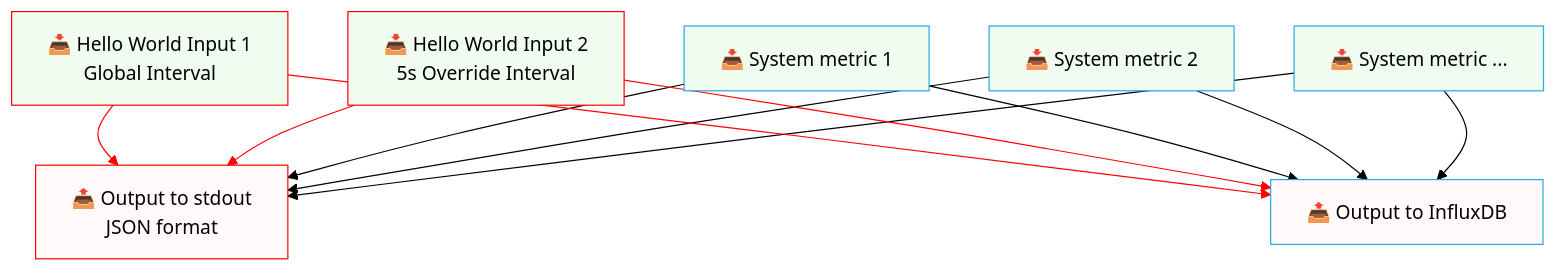
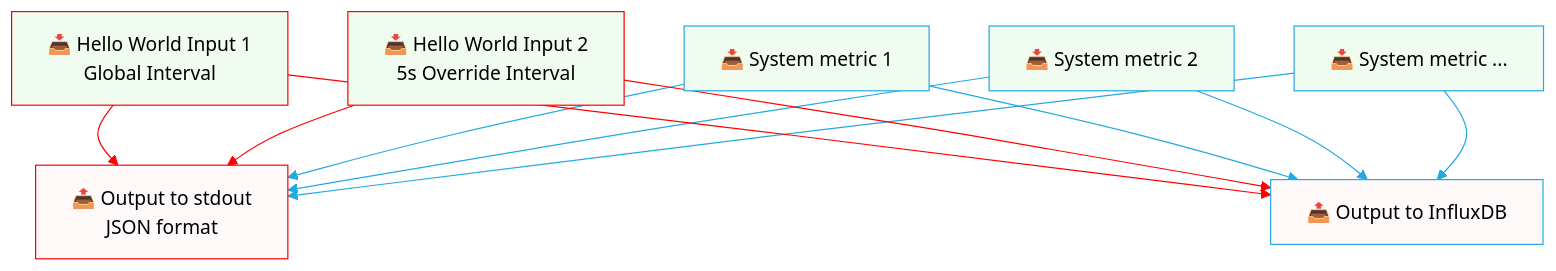
One commit to AntiqArch/readme-sandbox changed the second of 2 diagrams in fixedit-hello-world-exec/README.md. Above: the diagram before and after it, drawn with Mermaid (forest theme).

Commit message:
mermaid color change 2

````diff
--- a/fixedit-hello-world-exec/README.md
+++ b/fixedit-hello-world-exec/README.md
@@ -165,27 +165,28 @@
 ```mermaid
 flowchart TD
     A1["📥 Hello World Input 1<br/>Global Interval"] --> C
     A2["📥 Hello World Input 2<br/>5s Override Interval"] --> C
     C["📤 Output to stdout<br/>JSON format"]
 
     D1["📥 System metric 1"] --> C
     D2["📥 System metric 2"] --> C
     D3["📥 System metric ..."] --> C
 
     C2["📤 Output to InfluxDB"]
     A1 --> C2
     A2 --> C2
     D1 --> C2
     D2 --> C2
     D3 --> C2
 
     style A1 fill:#F1FCF1,stroke:#ff0000,color:#000000
     style A2 fill:#F1FCF1,stroke:#ff0000,color:#000000
     style D1 fill:#F1FCF1,stroke:#24a9e1,color:#000000
     style D2 fill:#F1FCF1,stroke:#24a9e1,color:#000000
     style D3 fill:#F1FCF1,stroke:#24a9e1,color:#000000
     style C fill:#FFF9FA,stroke:#ff0000,color:#000000
     style C2 fill:#FFF9FA,stroke:#24a9e1,color:#000000
 
    linkStyle 0,1,5,6 stroke:#ff0000
+   linkStyle 2,3,4,7,8,9 stroke:#24a9e1
 ```
````
